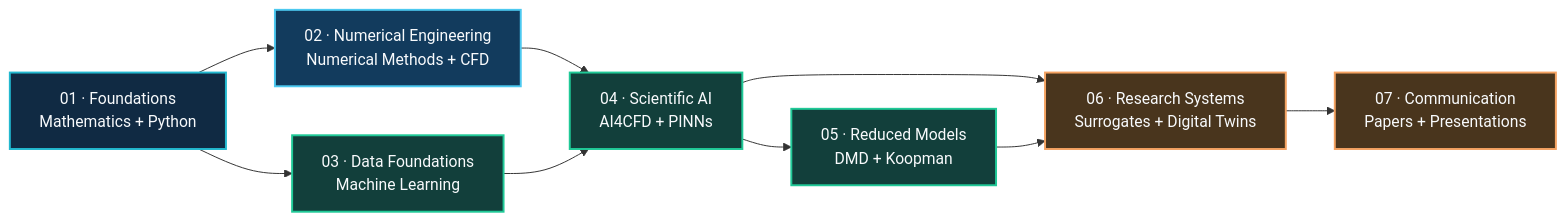
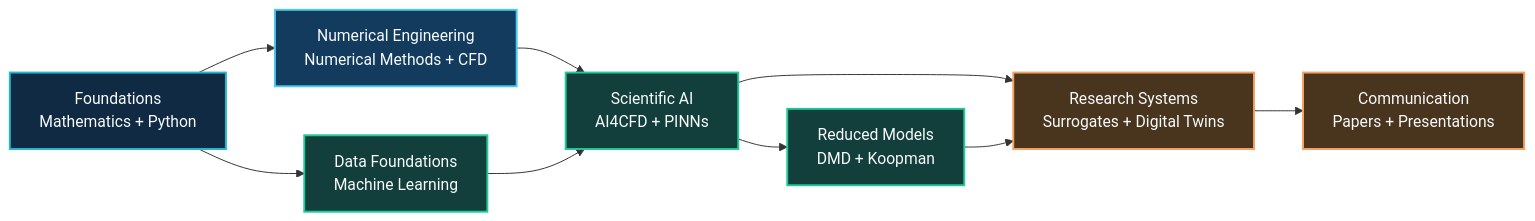
The first of 2 diagrams in README.md (islam-md-didarul/mechanical-cfd-ai-research-hub), drawn with Mermaid before and after one commit.

Commit message:
Revise flowchart labels in README
Updated flowchart labels in README to remove numbering.

````diff
--- a/README.md
+++ b/README.md
@@ -97,29 +97,29 @@
 ```mermaid
 flowchart LR
-    A["01 · Foundations<br/>Mathematics + Python"]
-    B["02 · Numerical Engineering<br/>Numerical Methods + CFD"]
-    C["03 · Data Foundations<br/>Machine Learning"]
-    D["04 · Scientific AI<br/>AI4CFD + PINNs"]
-    E["05 · Reduced Models<br/>DMD + Koopman"]
-    F["06 · Research Systems<br/>Surrogates + Digital Twins"]
-    G["07 · Communication<br/>Papers + Presentations"]
+    A["Foundations<br/>Mathematics + Python"]
+    B["Numerical Engineering<br/>Numerical Methods + CFD"]
+    C["Data Foundations<br/>Machine Learning"]
+    D["Scientific AI<br/>AI4CFD + PINNs"]
+    E["Reduced Models<br/>DMD + Koopman"]
+    F["Research Systems<br/>Surrogates + Digital Twins"]
+    G["Communication<br/>Papers + Presentations"]
 
     A --> B
     A --> C
     B --> D
     C --> D
     D --> E
     D --> F
     E --> F
     F --> G
 
     classDef foundation fill:#102A43,stroke:#22B8CF,color:#F8FAFC,stroke-width:2px;
     classDef engineering fill:#123B5D,stroke:#4CC9F0,color:#F8FAFC,stroke-width:2px;
     classDef ai fill:#123F3B,stroke:#20C997,color:#F8FAFC,stroke-width:2px;
     classDef output fill:#49351D,stroke:#F4A261,color:#F8FAFC,stroke-width:2px;
 
     class A foundation;
     class B engineering;
     class C,D,E ai;
     class F,G output;
 ```
````
